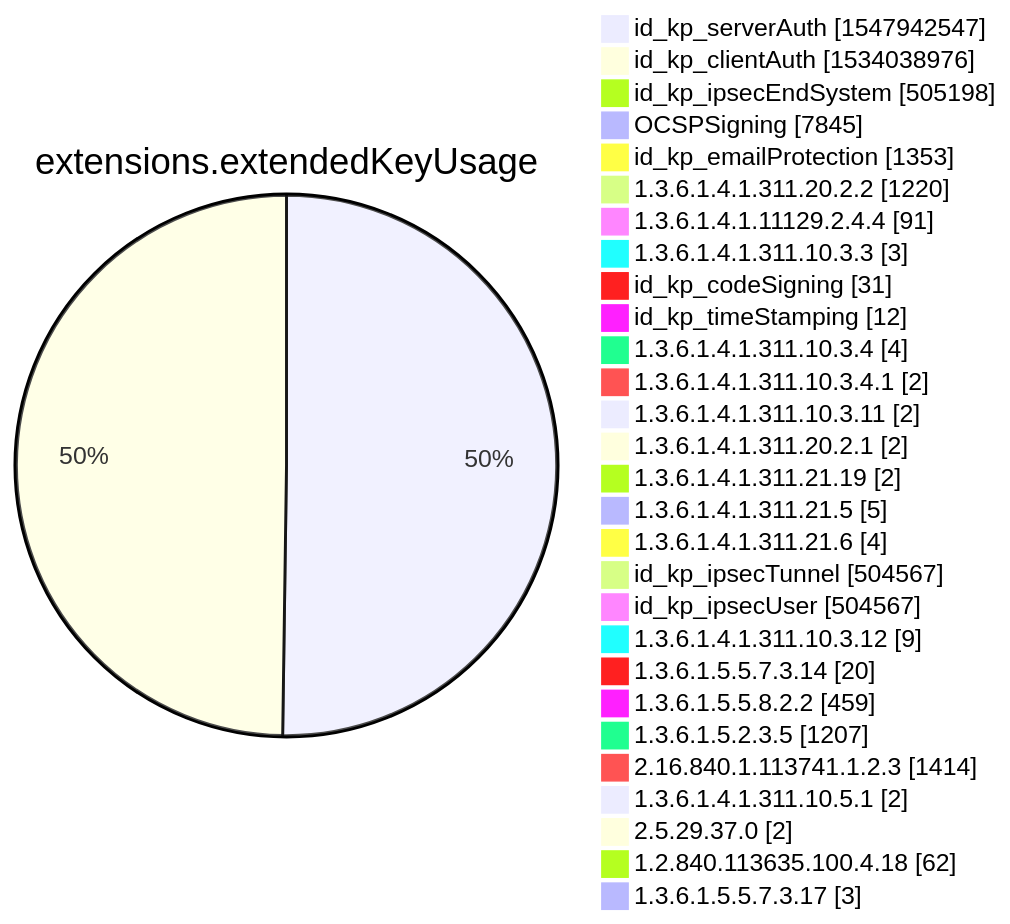
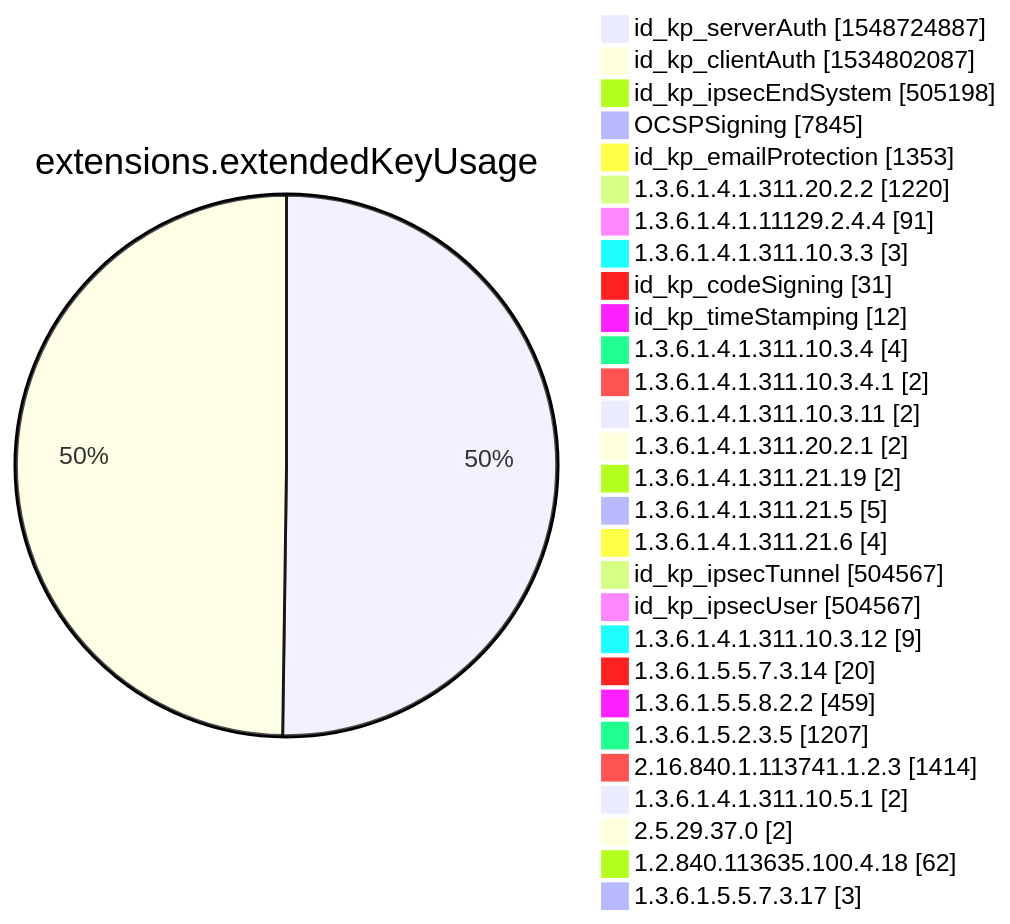
One commit to christiankrug/ctmonitor_visualization changed diagram 12 of 15 in xenon2022/README.md. Above: the diagram before and after it, drawn with Mermaid. The commit also changed other lines of this file, not shown here.

````diff
--- a/xenon2022/README.md
+++ b/xenon2022/README.md
@@ -3880,32 +3882,32 @@
 ```mermaid
 pie showData
 title extensions.extendedKeyUsage
-"id_kp_serverAuth" :1547942547
-"id_kp_clientAuth" :1534038976
+"id_kp_serverAuth" :1548724887
+"id_kp_clientAuth" :1534802087
 "id_kp_ipsecEndSystem" :505198
 "OCSPSigning" :7845
 "id_kp_emailProtection" :1353
 "1.3.6.1.4.1.311.20.2.2" :1220
 "1.3.6.1.4.1.11129.2.4.4" :91
 "1.3.6.1.4.1.311.10.3.3" :3
 "id_kp_codeSigning" :31
 "id_kp_timeStamping" :12
 "1.3.6.1.4.1.311.10.3.4" :4
 "1.3.6.1.4.1.311.10.3.4.1" :2
 "1.3.6.1.4.1.311.10.3.11" :2
 "1.3.6.1.4.1.311.20.2.1" :2
 "1.3.6.1.4.1.311.21.19" :2
 "1.3.6.1.4.1.311.21.5" :5
 "1.3.6.1.4.1.311.21.6" :4
 "id_kp_ipsecTunnel" :504567
 "id_kp_ipsecUser" :504567
 "1.3.6.1.4.1.311.10.3.12" :9
 "1.3.6.1.5.5.7.3.14" :20
 "1.3.6.1.5.5.8.2.2" :459
 "1.3.6.1.5.2.3.5" :1207
 "2.16.840.1.113741.1.2.3" :1414
 "1.3.6.1.4.1.311.10.5.1" :2
 "2.5.29.37.0" :2
 "1.2.840.113635.100.4.18" :62
 "1.3.6.1.5.5.7.3.17" :3
 ```
````
